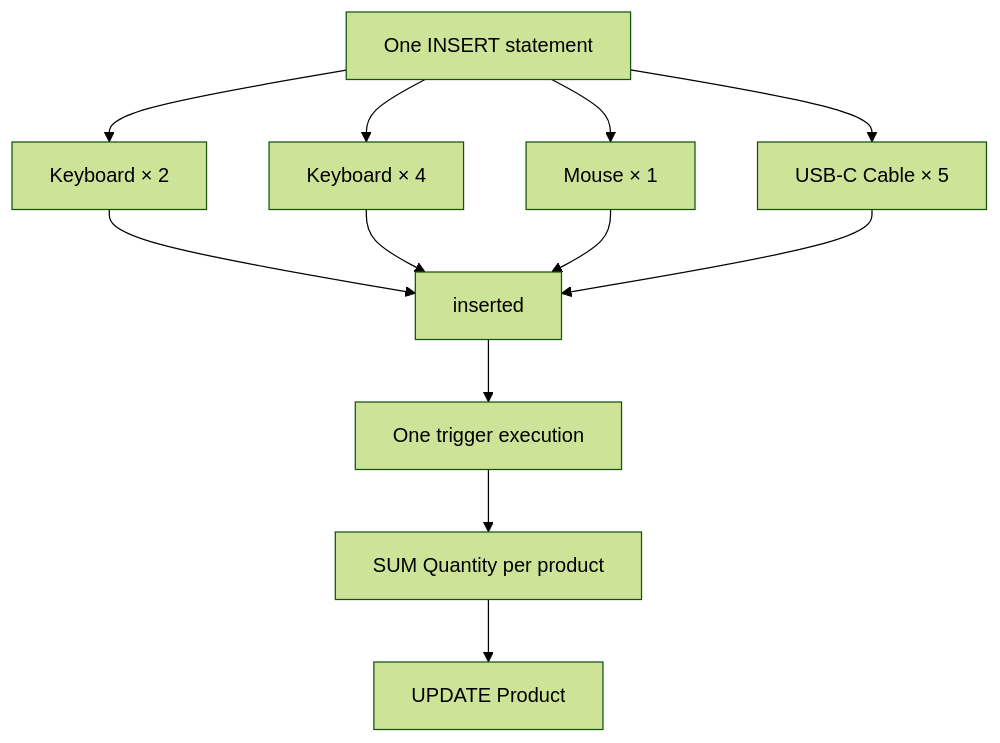
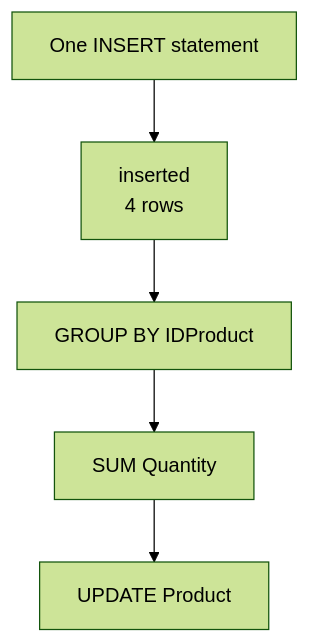
Diagram 17 of 25 in labs/lab02-triggers.md (tjovic/database-design-labs-public), drawn with Mermaid (forest theme) before and after one commit. The commit also changed other lines of this file, not shown here.

````diff
--- a/labs/lab02-triggers.md
+++ b/labs/lab02-triggers.md
@@ -1824,16 +1846,7 @@
 ```mermaid
 flowchart TD
-    A["One INSERT statement"] --> B["Keyboard × 2"]
-    A --> C["Keyboard × 4"]
-    A --> D["Mouse × 1"]
-    A --> E["USB-C Cable × 5"]
-
-    B --> F["inserted"]
-    C --> F
-    D --> F
-    E --> F
-
-    F --> G["One trigger execution"]
-    G --> H["SUM Quantity per product"]
-    H --> I["UPDATE Product"]
+    A["One INSERT statement"] --> B["inserted<br/>4 rows"]
+    B --> C["GROUP BY IDProduct"]
+    C --> D["SUM Quantity"]
+    D --> E["UPDATE Product"]
 ```
````
